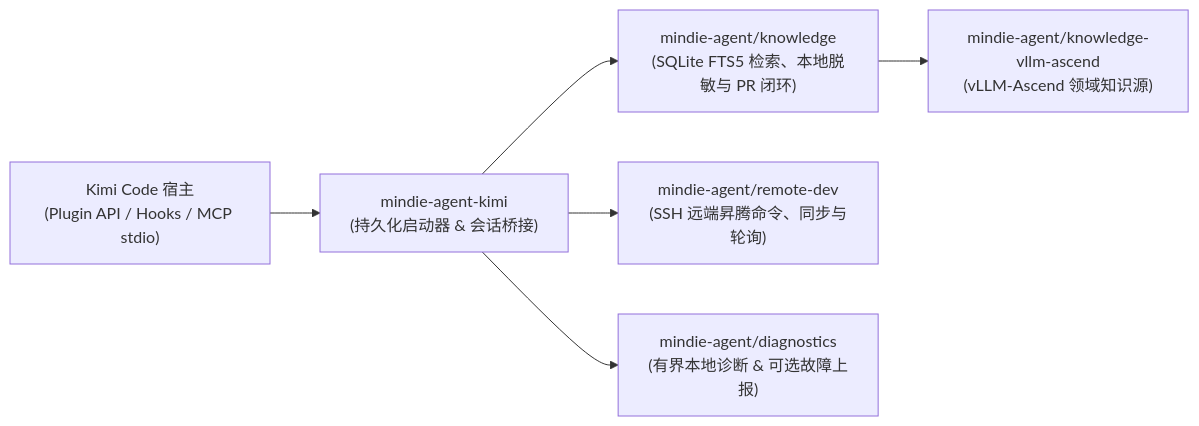
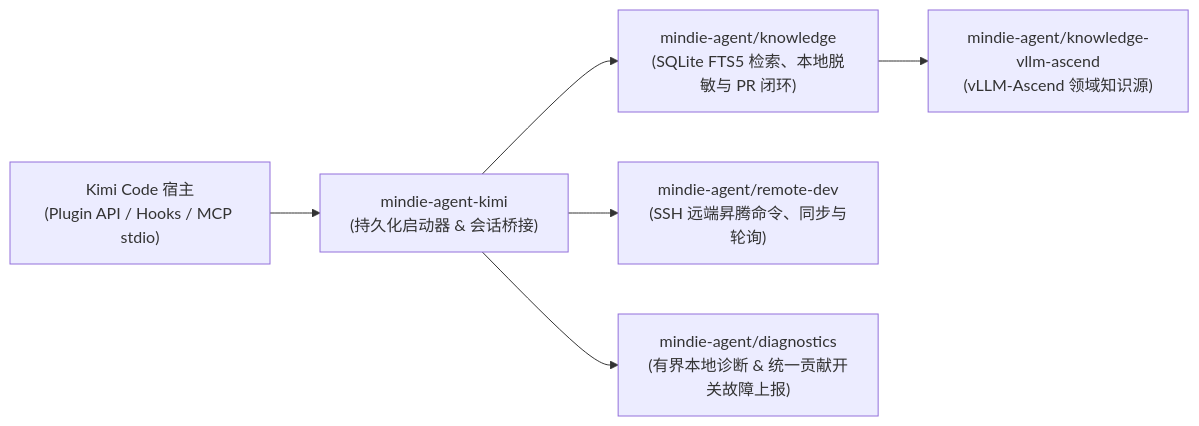
The diagram in README.md (mindie-agent/mindie-agent-kimi), drawn with Mermaid before and after one commit. The commit also changed other lines of this file and 8 other files, not shown here.

````diff
--- a/README.md
+++ b/README.md
@@ -188,8 +191,8 @@
 ```mermaid
 flowchart LR
   Kimi["Kimi Code 宿主<br/>(Plugin API / Hooks / MCP stdio)"] --> Launcher["mindie-agent-kimi<br/>(持久化启动器 & 会话桥接)"]
   Launcher --> Knowledge["mindie-agent/knowledge<br/>(SQLite FTS5 检索、本地脱敏与 PR 闭环)"]
   Knowledge --> Feed["mindie-agent/knowledge-vllm-ascend<br/>(vLLM-Ascend 领域知识源)"]
   Launcher --> RemoteDev["mindie-agent/remote-dev<br/>(SSH 远端昇腾命令、同步与轮询)"]
-  Launcher --> Diagnostics["mindie-agent/diagnostics<br/>(有界本地诊断 & 可选故障上报)"]
+  Launcher --> Diagnostics["mindie-agent/diagnostics<br/>(有界本地诊断 & 统一贡献开关故障上报)"]
 ```
````
